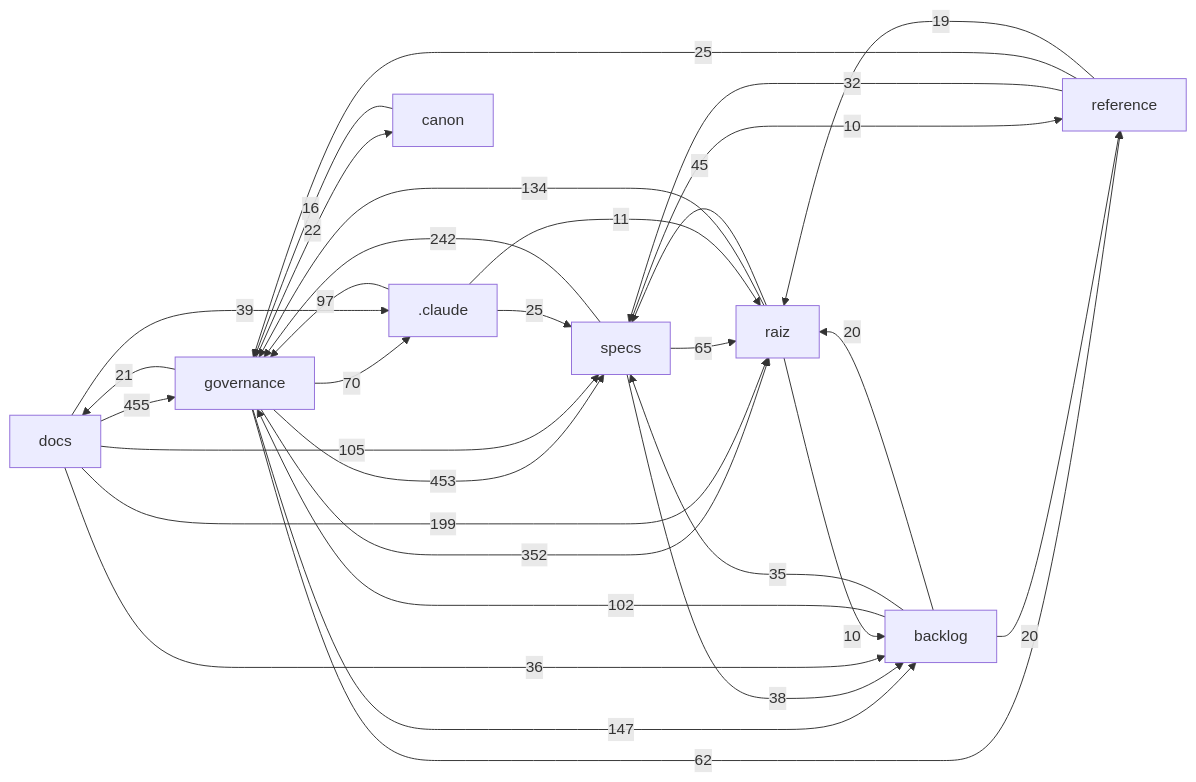
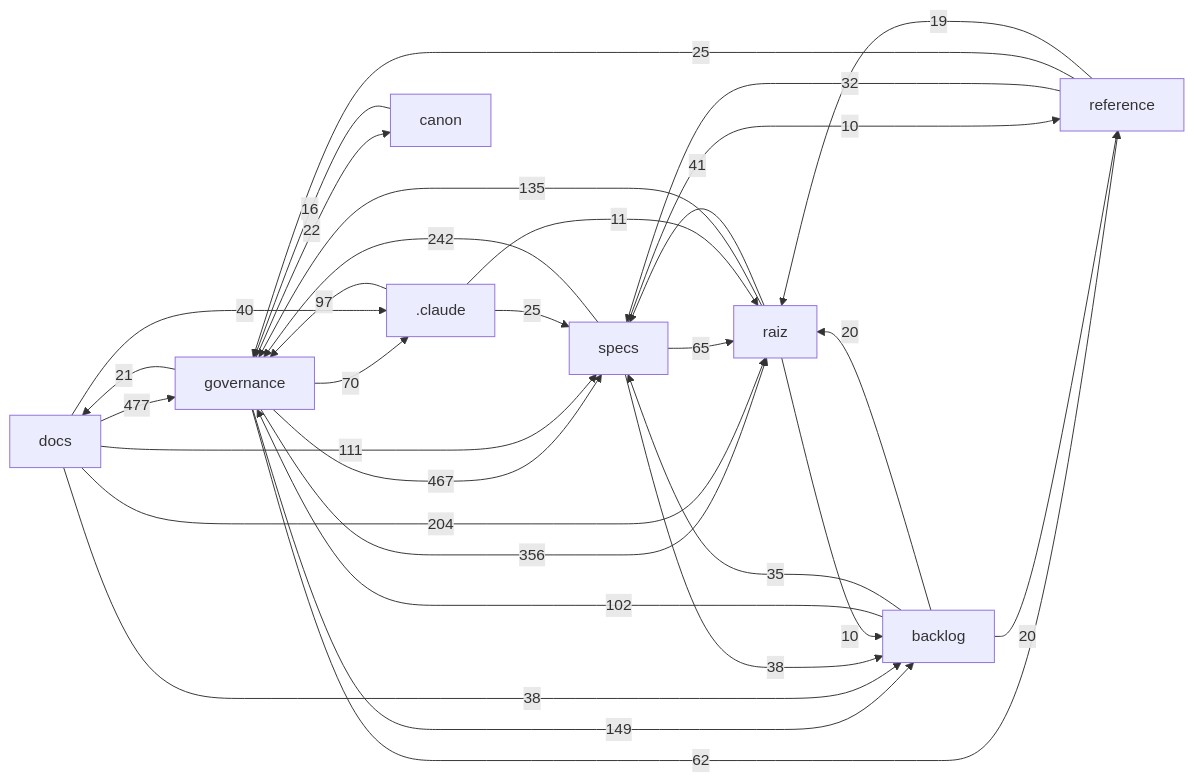
The diagram in docs/mapa/MAPA-PROJETO.md (Andraus35/Sistema-Operacional-de-Trading--SOT), drawn with Mermaid before and after one commit. The commit also changed other lines of this file and 4 other files, not shown here.

````diff
--- a/docs/mapa/MAPA-PROJETO.md
+++ b/docs/mapa/MAPA-PROJETO.md
@@ -29,33 +29,33 @@
 ```mermaid
 flowchart LR
-  docs["docs"] -->|455| governance["governance"]
-  governance["governance"] -->|453| specs["specs"]
-  governance["governance"] -->|352| raiz["raiz"]
+  docs["docs"] -->|477| governance["governance"]
+  governance["governance"] -->|467| specs["specs"]
+  governance["governance"] -->|356| raiz["raiz"]
   specs["specs"] -->|242| governance["governance"]
-  docs["docs"] -->|199| raiz["raiz"]
-  governance["governance"] -->|147| backlog["backlog"]
-  raiz["raiz"] -->|134| governance["governance"]
-  docs["docs"] -->|105| specs["specs"]
+  docs["docs"] -->|204| raiz["raiz"]
+  governance["governance"] -->|149| backlog["backlog"]
+  raiz["raiz"] -->|135| governance["governance"]
+  docs["docs"] -->|111| specs["specs"]
   backlog["backlog"] -->|102| governance["governance"]
   _claude[".claude"] -->|97| governance["governance"]
   governance["governance"] -->|70| _claude[".claude"]
   specs["specs"] -->|65| raiz["raiz"]
   governance["governance"] -->|62| reference["reference"]
-  raiz["raiz"] -->|45| specs["specs"]
-  docs["docs"] -->|39| _claude[".claude"]
+  raiz["raiz"] -->|41| specs["specs"]
+  docs["docs"] -->|40| _claude[".claude"]
+  docs["docs"] -->|38| backlog["backlog"]
   specs["specs"] -->|38| backlog["backlog"]
-  docs["docs"] -->|36| backlog["backlog"]
   backlog["backlog"] -->|35| specs["specs"]
   reference["reference"] -->|32| specs["specs"]
   _claude[".claude"] -->|25| specs["specs"]
   reference["reference"] -->|25| governance["governance"]
   governance["governance"] -->|22| canon["canon"]
   governance["governance"] -->|21| docs["docs"]
   backlog["backlog"] -->|20| raiz["raiz"]
   backlog["backlog"] -->|20| reference["reference"]
   reference["reference"] -->|19| raiz["raiz"]
   canon["canon"] -->|16| governance["governance"]
   _claude[".claude"] -->|11| raiz["raiz"]
   raiz["raiz"] -->|10| backlog["backlog"]
   specs["specs"] -->|10| reference["reference"]
 ```
````
